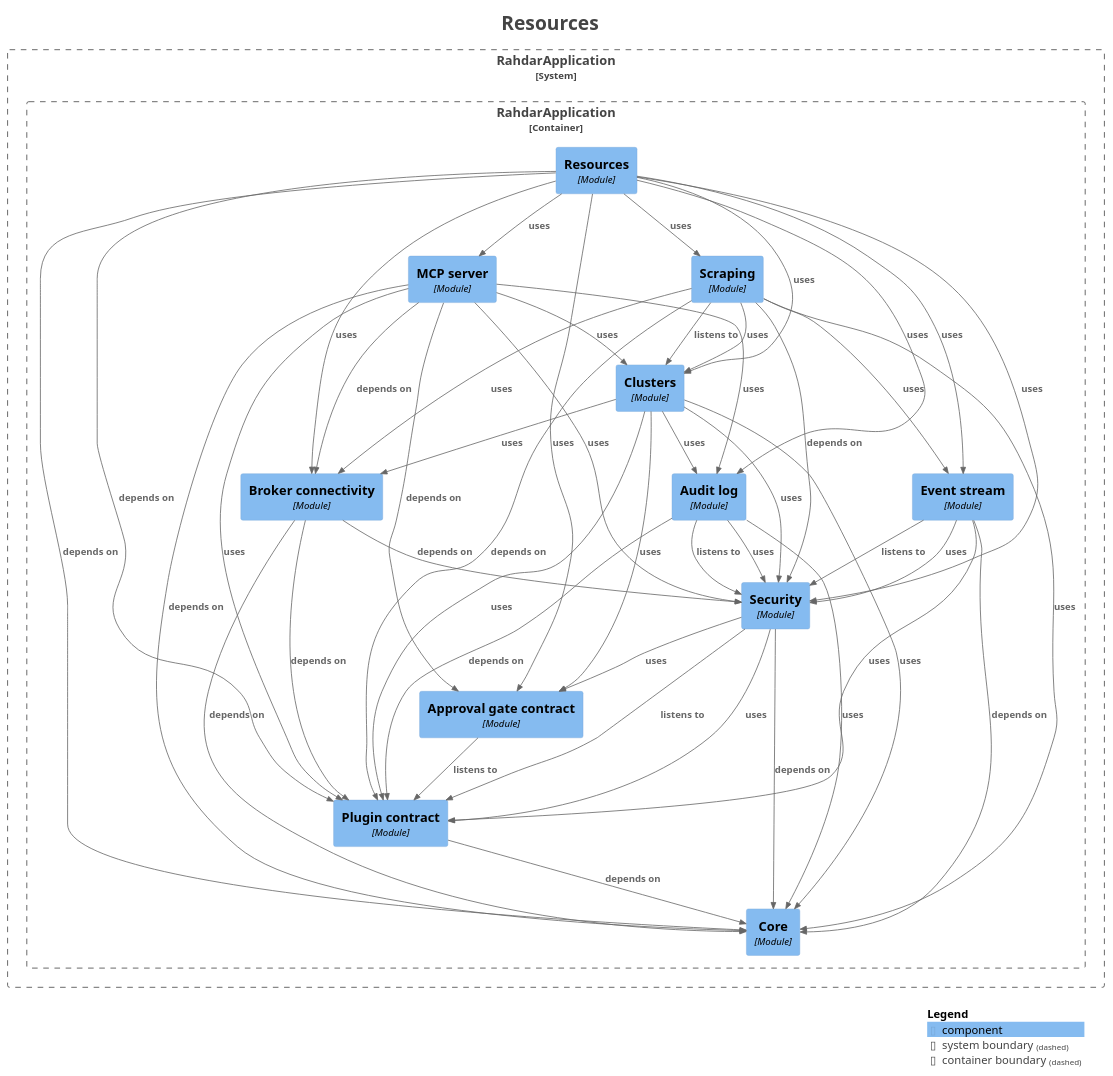
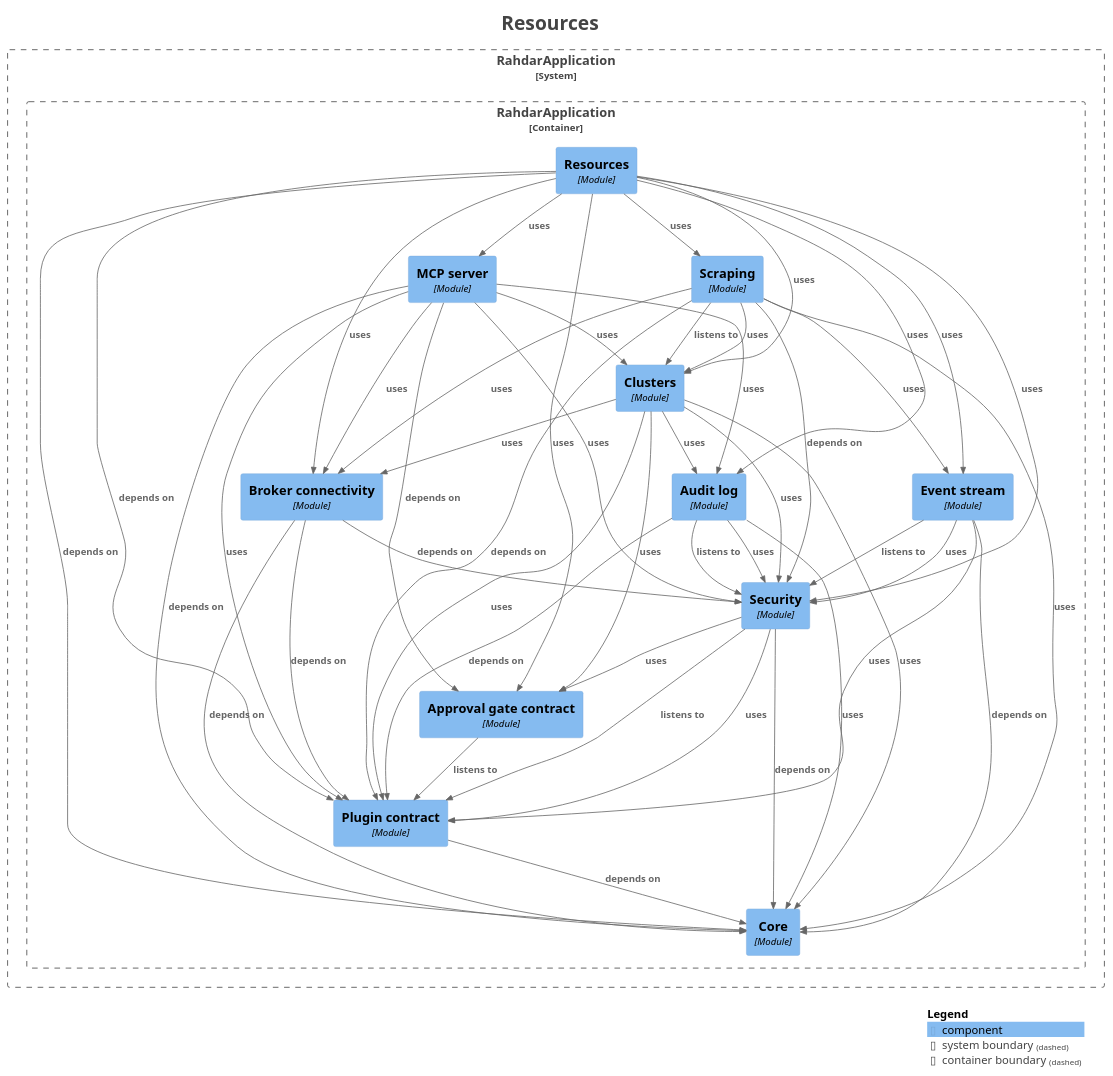
One commit to sudoitir/rahdar changed the diagram in docs/modules/module-feature.resources.puml. Above: the diagram before and after it, drawn with PlantUML. The commit also changed 76 other files, not shown here.

```diff
--- a/docs/modules/module-feature.resources.puml
+++ b/docs/modules/module-feature.resources.puml
@@ -1,85 +1,85 @@
 @startuml
 title <size:24>Resources</size>
 
 set separator none
 top to bottom direction
 
 <style>
   root {
     BackgroundColor: #ffffff
     FontColor: #444444
   }
 </style>
 
 !include <C4/C4>
 !include <C4/C4_Context>
 !include <C4/C4_Component>
 
 System_Boundary("RahdarApplication_boundary", "RahdarApplication", $tags="") {
   Container_Boundary("RahdarApplication.RahdarApplication_boundary", "RahdarApplication", $tags="") {
     Component(RahdarApplication.RahdarApplication.Approvalgatecontract, "Approval gate contract", $techn="Module", $descr="", $tags="", $link="")
     Component(RahdarApplication.RahdarApplication.Auditlog, "Audit log", $techn="Module", $descr="", $tags="", $link="")
     Component(RahdarApplication.RahdarApplication.Brokerconnectivity, "Broker connectivity", $techn="Module", $descr="", $tags="", $link="")
     Component(RahdarApplication.RahdarApplication.Clusters, "Clusters", $techn="Module", $descr="", $tags="", $link="")
     Component(RahdarApplication.RahdarApplication.Core, "Core", $techn="Module", $descr="", $tags="", $link="")
     Component(RahdarApplication.RahdarApplication.Eventstream, "Event stream", $techn="Module", $descr="", $tags="", $link="")
     Component(RahdarApplication.RahdarApplication.MCPserver, "MCP server", $techn="Module", $descr="", $tags="", $link="")
     Component(RahdarApplication.RahdarApplication.Plugincontract, "Plugin contract", $techn="Module", $descr="", $tags="", $link="")
     Component(RahdarApplication.RahdarApplication.Resources, "Resources", $techn="Module", $descr="", $tags="", $link="")
     Component(RahdarApplication.RahdarApplication.Scraping, "Scraping", $techn="Module", $descr="", $tags="", $link="")
     Component(RahdarApplication.RahdarApplication.Security, "Security", $techn="Module", $descr="", $tags="", $link="")
   }
 
 }
 
 Rel(RahdarApplication.RahdarApplication.Approvalgatecontract, RahdarApplication.RahdarApplication.Plugincontract, "listens to", $techn="", $tags="", $link="")
 Rel(RahdarApplication.RahdarApplication.Auditlog, RahdarApplication.RahdarApplication.Core, "uses", $techn="", $tags="", $link="")
 Rel(RahdarApplication.RahdarApplication.Auditlog, RahdarApplication.RahdarApplication.Plugincontract, "depends on", $techn="", $tags="", $link="")
 Rel(RahdarApplication.RahdarApplication.Auditlog, RahdarApplication.RahdarApplication.Security, "listens to", $techn="", $tags="", $link="")
 Rel(RahdarApplication.RahdarApplication.Auditlog, RahdarApplication.RahdarApplication.Security, "uses", $techn="", $tags="", $link="")
 Rel(RahdarApplication.RahdarApplication.Brokerconnectivity, RahdarApplication.RahdarApplication.Core, "depends on", $techn="", $tags="", $link="")
 Rel(RahdarApplication.RahdarApplication.Brokerconnectivity, RahdarApplication.RahdarApplication.Plugincontract, "depends on", $techn="", $tags="", $link="")
 Rel(RahdarApplication.RahdarApplication.Brokerconnectivity, RahdarApplication.RahdarApplication.Security, "depends on", $techn="", $tags="", $link="")
 Rel(RahdarApplication.RahdarApplication.Clusters, RahdarApplication.RahdarApplication.Approvalgatecontract, "uses", $techn="", $tags="", $link="")
 Rel(RahdarApplication.RahdarApplication.Clusters, RahdarApplication.RahdarApplication.Auditlog, "uses", $techn="", $tags="", $link="")
 Rel(RahdarApplication.RahdarApplication.Clusters, RahdarApplication.RahdarApplication.Brokerconnectivity, "uses", $techn="", $tags="", $link="")
 Rel(RahdarApplication.RahdarApplication.Clusters, RahdarApplication.RahdarApplication.Core, "uses", $techn="", $tags="", $link="")
 Rel(RahdarApplication.RahdarApplication.Clusters, RahdarApplication.RahdarApplication.Plugincontract, "uses", $techn="", $tags="", $link="")
 Rel(RahdarApplication.RahdarApplication.Clusters, RahdarApplication.RahdarApplication.Security, "uses", $techn="", $tags="", $link="")
 Rel(RahdarApplication.RahdarApplication.Eventstream, RahdarApplication.RahdarApplication.Core, "depends on", $techn="", $tags="", $link="")
 Rel(RahdarApplication.RahdarApplication.Eventstream, RahdarApplication.RahdarApplication.Plugincontract, "uses", $techn="", $tags="", $link="")
 Rel(RahdarApplication.RahdarApplication.Eventstream, RahdarApplication.RahdarApplication.Security, "listens to", $techn="", $tags="", $link="")
 Rel(RahdarApplication.RahdarApplication.Eventstream, RahdarApplication.RahdarApplication.Security, "uses", $techn="", $tags="", $link="")
 Rel(RahdarApplication.RahdarApplication.MCPserver, RahdarApplication.RahdarApplication.Approvalgatecontract, "depends on", $techn="", $tags="", $link="")
 Rel(RahdarApplication.RahdarApplication.MCPserver, RahdarApplication.RahdarApplication.Auditlog, "uses", $techn="", $tags="", $link="")
-Rel(RahdarApplication.RahdarApplication.MCPserver, RahdarApplication.RahdarApplication.Brokerconnectivity, "depends on", $techn="", $tags="", $link="")
+Rel(RahdarApplication.RahdarApplication.MCPserver, RahdarApplication.RahdarApplication.Brokerconnectivity, "uses", $techn="", $tags="", $link="")
 Rel(RahdarApplication.RahdarApplication.MCPserver, RahdarApplication.RahdarApplication.Clusters, "uses", $techn="", $tags="", $link="")
 Rel(RahdarApplication.RahdarApplication.MCPserver, RahdarApplication.RahdarApplication.Core, "depends on", $techn="", $tags="", $link="")
 Rel(RahdarApplication.RahdarApplication.MCPserver, RahdarApplication.RahdarApplication.Plugincontract, "uses", $techn="", $tags="", $link="")
 Rel(RahdarApplication.RahdarApplication.MCPserver, RahdarApplication.RahdarApplication.Security, "uses", $techn="", $tags="", $link="")
 Rel(RahdarApplication.RahdarApplication.Plugincontract, RahdarApplication.RahdarApplication.Core, "depends on", $techn="", $tags="", $link="")
 Rel(RahdarApplication.RahdarApplication.Resources, RahdarApplication.RahdarApplication.Approvalgatecontract, "uses", $techn="", $tags="", $link="")
 Rel(RahdarApplication.RahdarApplication.Resources, RahdarApplication.RahdarApplication.Auditlog, "uses", $techn="", $tags="", $link="")
 Rel(RahdarApplication.RahdarApplication.Resources, RahdarApplication.RahdarApplication.Brokerconnectivity, "uses", $techn="", $tags="", $link="")
 Rel(RahdarApplication.RahdarApplication.Resources, RahdarApplication.RahdarApplication.Clusters, "uses", $techn="", $tags="", $link="")
 Rel(RahdarApplication.RahdarApplication.Resources, RahdarApplication.RahdarApplication.Core, "depends on", $techn="", $tags="", $link="")
 Rel(RahdarApplication.RahdarApplication.Resources, RahdarApplication.RahdarApplication.Eventstream, "uses", $techn="", $tags="", $link="")
 Rel(RahdarApplication.RahdarApplication.Resources, RahdarApplication.RahdarApplication.MCPserver, "uses", $techn="", $tags="", $link="")
 Rel(RahdarApplication.RahdarApplication.Resources, RahdarApplication.RahdarApplication.Plugincontract, "depends on", $techn="", $tags="", $link="")
 Rel(RahdarApplication.RahdarApplication.Resources, RahdarApplication.RahdarApplication.Scraping, "uses", $techn="", $tags="", $link="")
 Rel(RahdarApplication.RahdarApplication.Resources, RahdarApplication.RahdarApplication.Security, "uses", $techn="", $tags="", $link="")
 Rel(RahdarApplication.RahdarApplication.Scraping, RahdarApplication.RahdarApplication.Brokerconnectivity, "uses", $techn="", $tags="", $link="")
 Rel(RahdarApplication.RahdarApplication.Scraping, RahdarApplication.RahdarApplication.Clusters, "listens to", $techn="", $tags="", $link="")
 Rel(RahdarApplication.RahdarApplication.Scraping, RahdarApplication.RahdarApplication.Clusters, "uses", $techn="", $tags="", $link="")
 Rel(RahdarApplication.RahdarApplication.Scraping, RahdarApplication.RahdarApplication.Core, "uses", $techn="", $tags="", $link="")
 Rel(RahdarApplication.RahdarApplication.Scraping, RahdarApplication.RahdarApplication.Eventstream, "uses", $techn="", $tags="", $link="")
 Rel(RahdarApplication.RahdarApplication.Scraping, RahdarApplication.RahdarApplication.Plugincontract, "depends on", $techn="", $tags="", $link="")
 Rel(RahdarApplication.RahdarApplication.Scraping, RahdarApplication.RahdarApplication.Security, "depends on", $techn="", $tags="", $link="")
 Rel(RahdarApplication.RahdarApplication.Security, RahdarApplication.RahdarApplication.Approvalgatecontract, "uses", $techn="", $tags="", $link="")
 Rel(RahdarApplication.RahdarApplication.Security, RahdarApplication.RahdarApplication.Core, "depends on", $techn="", $tags="", $link="")
 Rel(RahdarApplication.RahdarApplication.Security, RahdarApplication.RahdarApplication.Plugincontract, "listens to", $techn="", $tags="", $link="")
 Rel(RahdarApplication.RahdarApplication.Security, RahdarApplication.RahdarApplication.Plugincontract, "uses", $techn="", $tags="", $link="")
 
 SHOW_LEGEND(true)
 hide stereotypes
 @enduml
```
